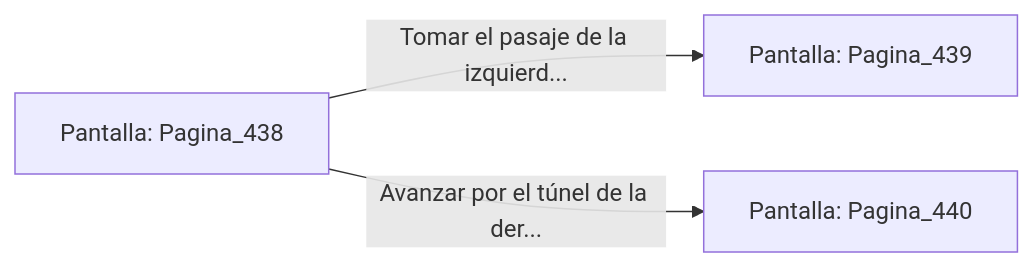
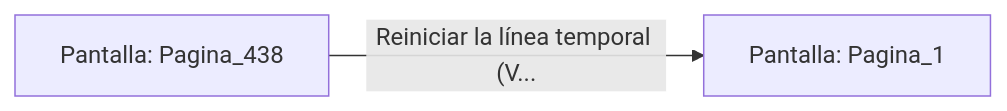
One commit to metsuke/mpl changed the diagram in sample/eligejuego-vault/Pantalla_Pagina_438.md. Above: the diagram before and after it, drawn with Mermaid. The commit also changed other lines of this file and 635 other files, not shown here.

First line of the commit message:
fix: añadir Pagina_1 como pantalla inicial en capitulo_01.mpl

````diff
--- a/sample/eligejuego-vault/Pantalla_Pagina_438.md
+++ b/sample/eligejuego-vault/Pantalla_Pagina_438.md
@@ -20,6 +17,5 @@
 ```mermaid
 graph LR
     P_Pagina_438["Pantalla: Pagina_438"]
-    P_Pagina_438 -->|"Tomar el pasaje de la izquierd..."| P_Pagina_439["Pantalla: Pagina_439"]
-    P_Pagina_438 -->|"Avanzar por el túnel de la der..."| P_Pagina_440["Pantalla: Pagina_440"]
+    P_Pagina_438 -->|"Reiniciar la línea temporal (V..."| P_Pagina_1["Pantalla: Pagina_1"]
 ```
````
